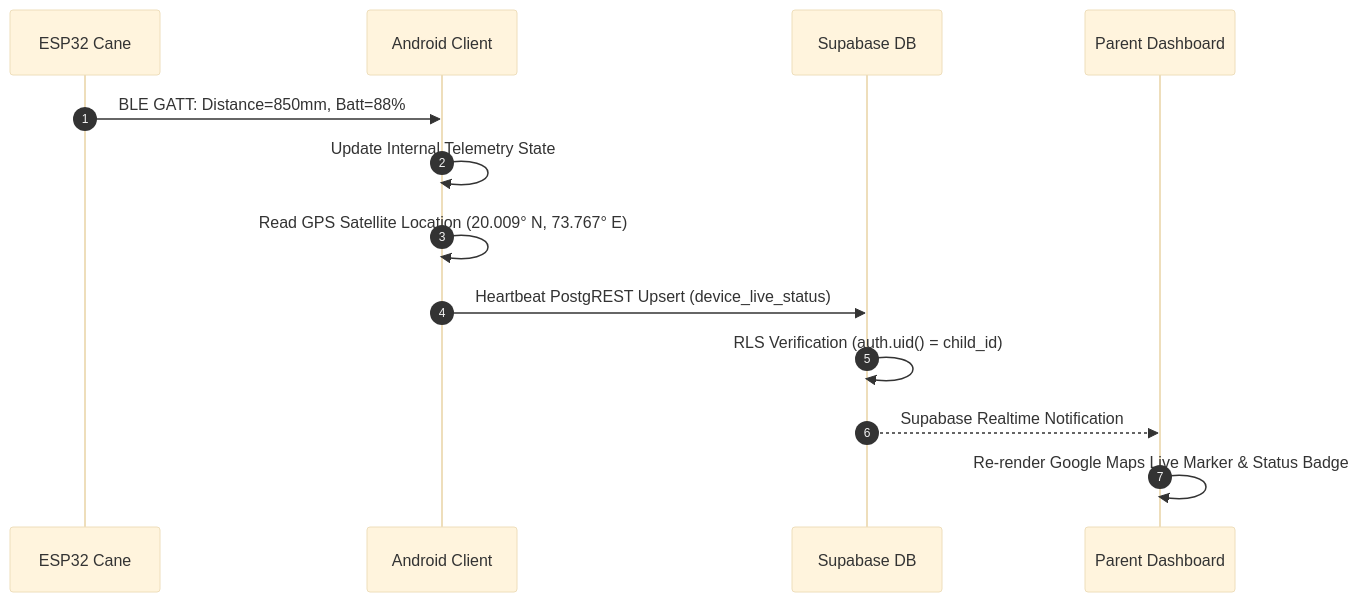
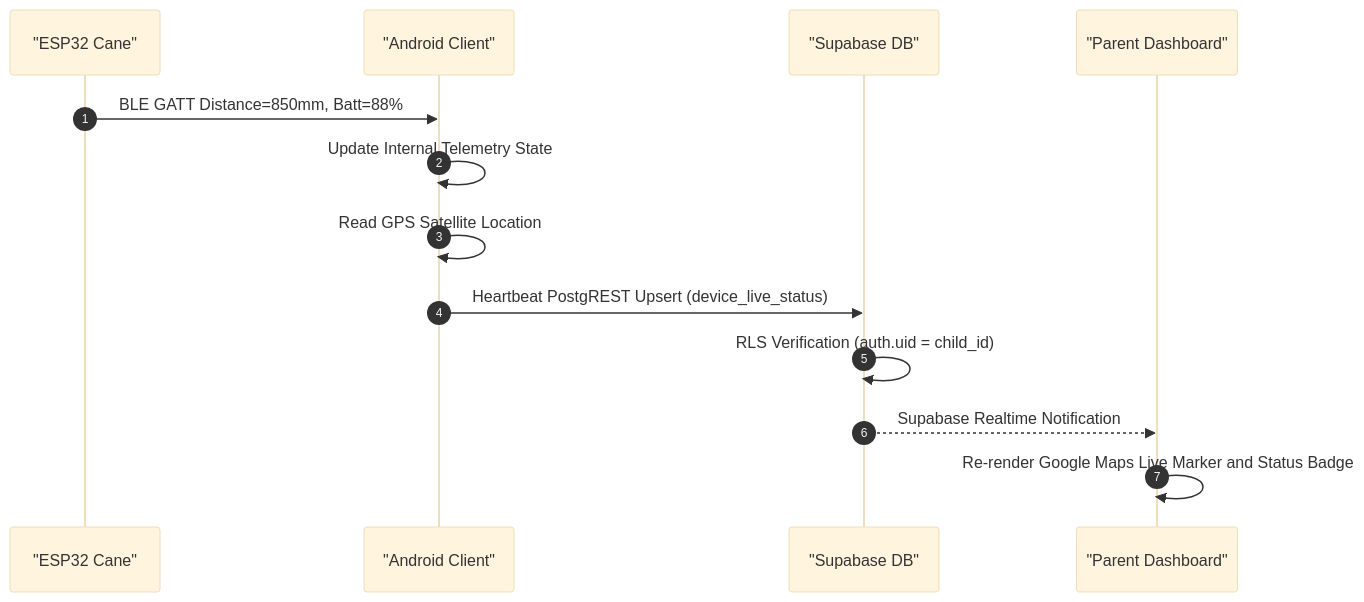
Before and after one commit to chetanngavali/DrishtiAi: the second of 3 diagrams in docs/system-architecture.md, drawn with Mermaid (base theme). The commit also changed other lines of this file and 17 other files, not shown here.

Commit message:
docs: sanitize all Mermaid diagram syntax for GitHub markdown renderer

````diff
--- a/docs/system-architecture.md
+++ b/docs/system-architecture.md
@@ -102,16 +102,16 @@
 ```mermaid
 sequenceDiagram
     autonumber
-    participant Cane as ESP32 Cane
-    participant App as Android Client
-    participant Supa as Supabase DB
-    participant Parent as Parent Dashboard
+    participant Cane as "ESP32 Cane"
+    participant App as "Android Client"
+    participant Supa as "Supabase DB"
+    participant Parent as "Parent Dashboard"
 
-    Cane->>App: BLE GATT: Distance=850mm, Batt=88%
+    Cane->>App: BLE GATT Distance=850mm, Batt=88%
     App->>App: Update Internal Telemetry State
-    App->>App: Read GPS Satellite Location (20.009° N, 73.767° E)
+    App->>App: Read GPS Satellite Location
     App->>Supa: Heartbeat PostgREST Upsert (device_live_status)
-    Supa->>Supa: RLS Verification (auth.uid() = child_id)
+    Supa->>Supa: RLS Verification (auth.uid = child_id)
     Supa-->>Parent: Supabase Realtime Notification
-    Parent->>Parent: Re-render Google Maps Live Marker & Status Badge
+    Parent->>Parent: Re-render Google Maps Live Marker and Status Badge
 ```
````
